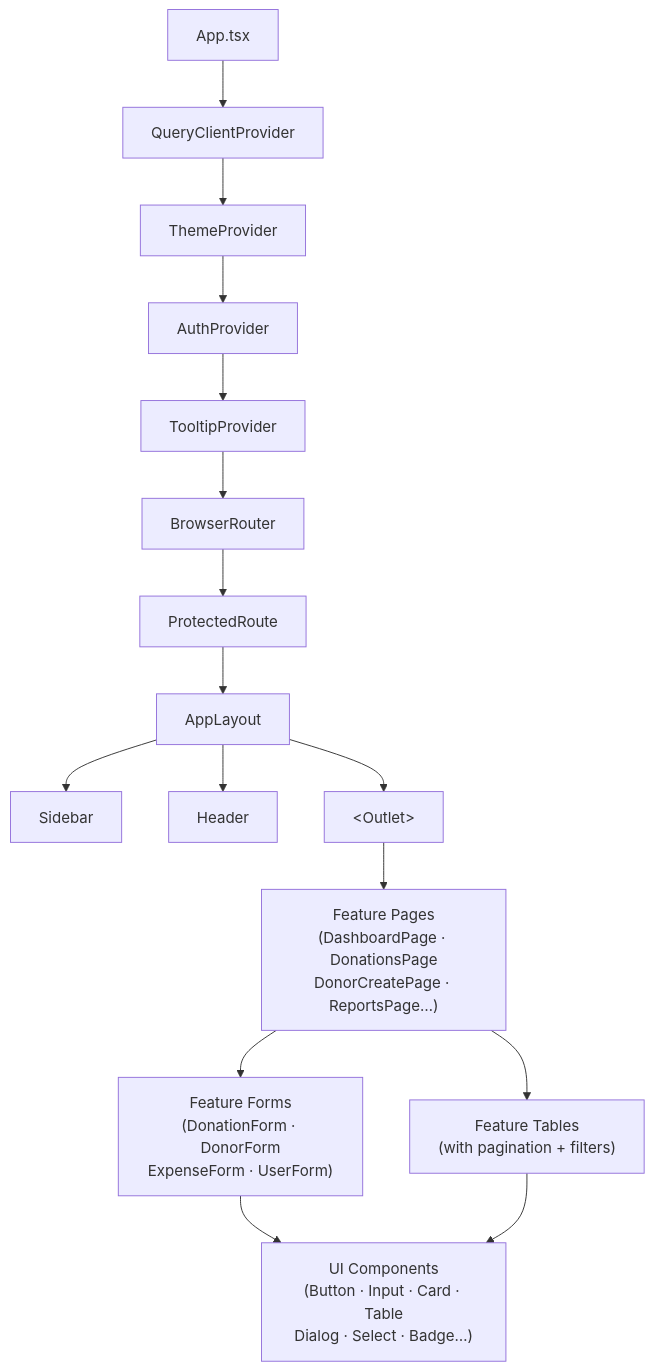
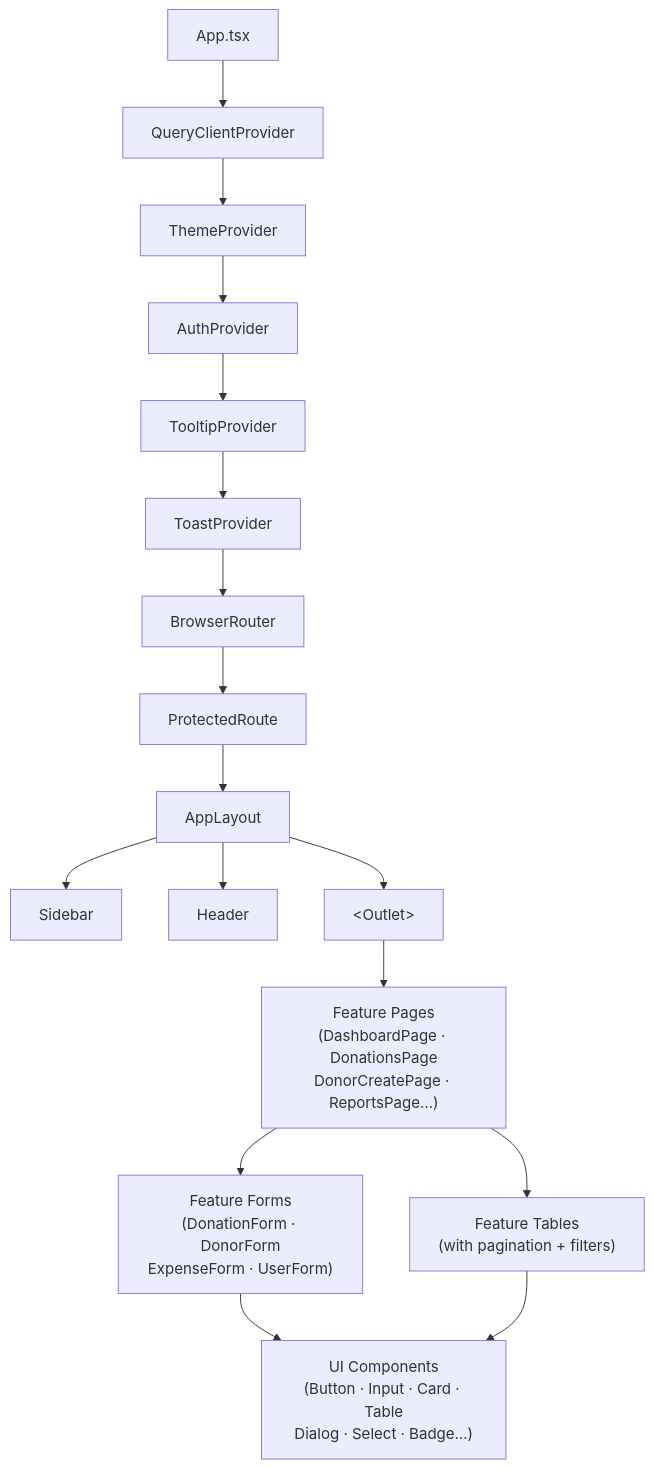
Before and after one commit to jorgetroya80/donations-frontend: the third of 8 diagrams in docs/ARCHITECTURE.md, drawn with Mermaid. The commit also changed other lines of this file and 2 other files, not shown here.

First line of the commit message:
docs: rewrite README and architecture guide (#191)

````diff
--- a/docs/ARCHITECTURE.md
+++ b/docs/ARCHITECTURE.md
@@ -118,30 +198,31 @@
 ```mermaid
 graph TD
     App["App.tsx"]
     QCP["QueryClientProvider"]
     TP["ThemeProvider"]
     AP["AuthProvider"]
     TTP["TooltipProvider"]
+    TSP["ToastProvider"]
     BR["BrowserRouter"]
     PR["ProtectedRoute"]
     AL["AppLayout"]
     SB["Sidebar"]
     HD["Header"]
     OUT["&lt;Outlet&gt;"]
 
     Pages["Feature Pages\n(DashboardPage · DonationsPage\nDonorCreatePage · ReportsPage…)"]
     Forms["Feature Forms\n(DonationForm · DonorForm\nExpenseForm · UserForm)"]
     Tables["Feature Tables\n(with pagination + filters)"]
     UIComp["UI Components\n(Button · Input · Card · Table\nDialog · Select · Badge…)"]
 
-    App --> QCP --> TP --> AP --> TTP --> BR
+    App --> QCP --> TP --> AP --> TTP --> TSP --> BR
     BR --> PR --> AL
     AL --> SB
     AL --> HD
     AL --> OUT
     OUT --> Pages
     Pages --> Forms
     Pages --> Tables
     Forms --> UIComp
     Tables --> UIComp
 ```
````
